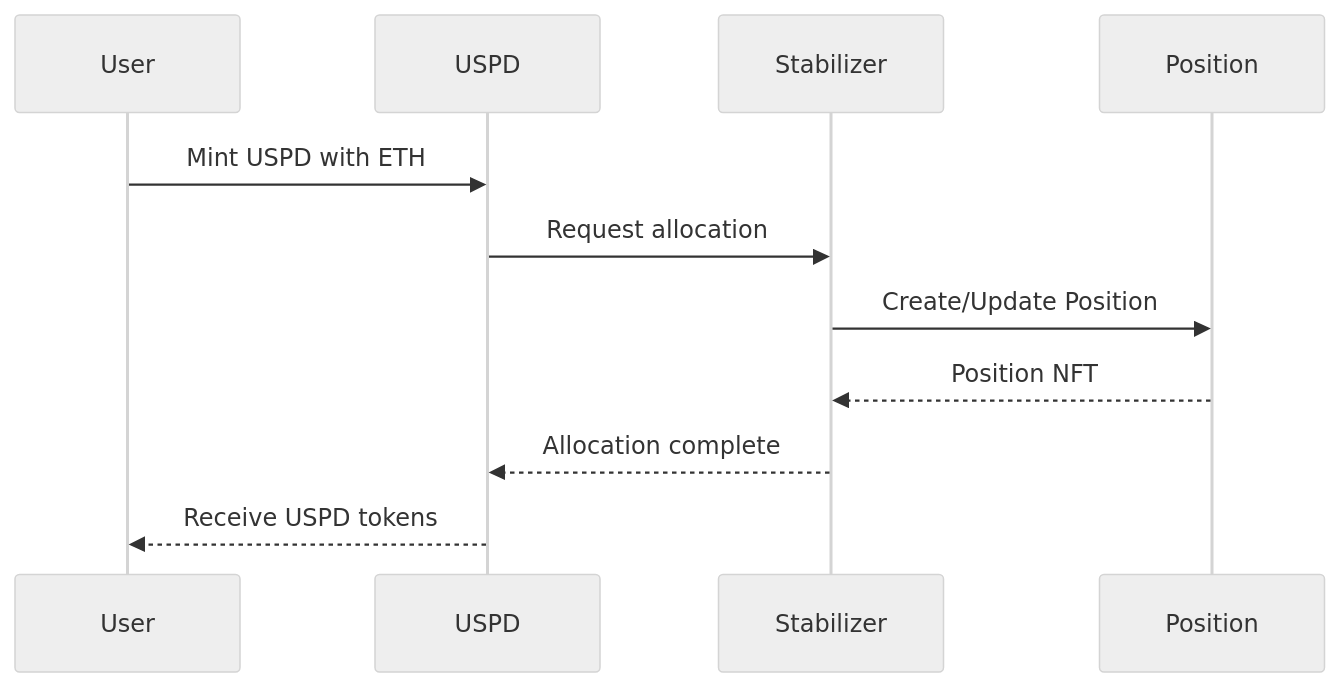
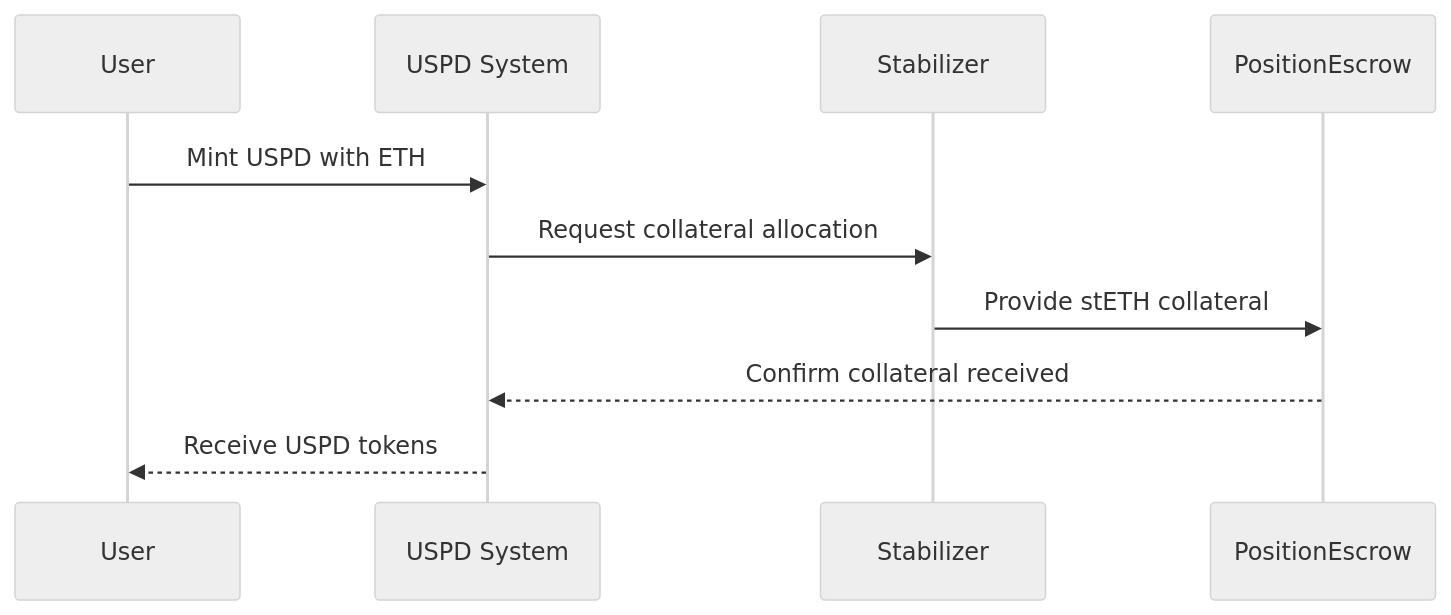
One commit to Morpher-io/uspd_website changed the diagram in app/docs/stabilizers/page.mdx. Above: the diagram before and after it, drawn with Mermaid (neutral theme). The commit also changed other lines of this file and 2 other files, not shown here.

Commit message:
docs: Update stabilizer docs on liquidation, collateral, and links

````diff
--- a/app/docs/stabilizers/page.mdx
+++ b/app/docs/stabilizers/page.mdx
@@ -16,14 +26,13 @@
 ```mermaid
 sequenceDiagram
     participant User
-    participant USPD
+    participant USPD System
     participant Stabilizer
-    participant Position
+    participant PositionEscrow
 
-    User->>USPD: Mint USPD with ETH
-    USPD->>Stabilizer: Request allocation
-    Stabilizer->>Position: Create/Update Position
-    Position-->>Stabilizer: Position NFT
-    Stabilizer-->>USPD: Allocation complete
-    USPD-->>User: Receive USPD tokens
+    User->>USPD System: Mint USPD with ETH
+    USPD System->>Stabilizer: Request collateral allocation
+    Stabilizer->>PositionEscrow: Provide stETH collateral
+    PositionEscrow-->>USPD System: Confirm collateral received
+    USPD System-->>User: Receive USPD tokens
 ```
````
